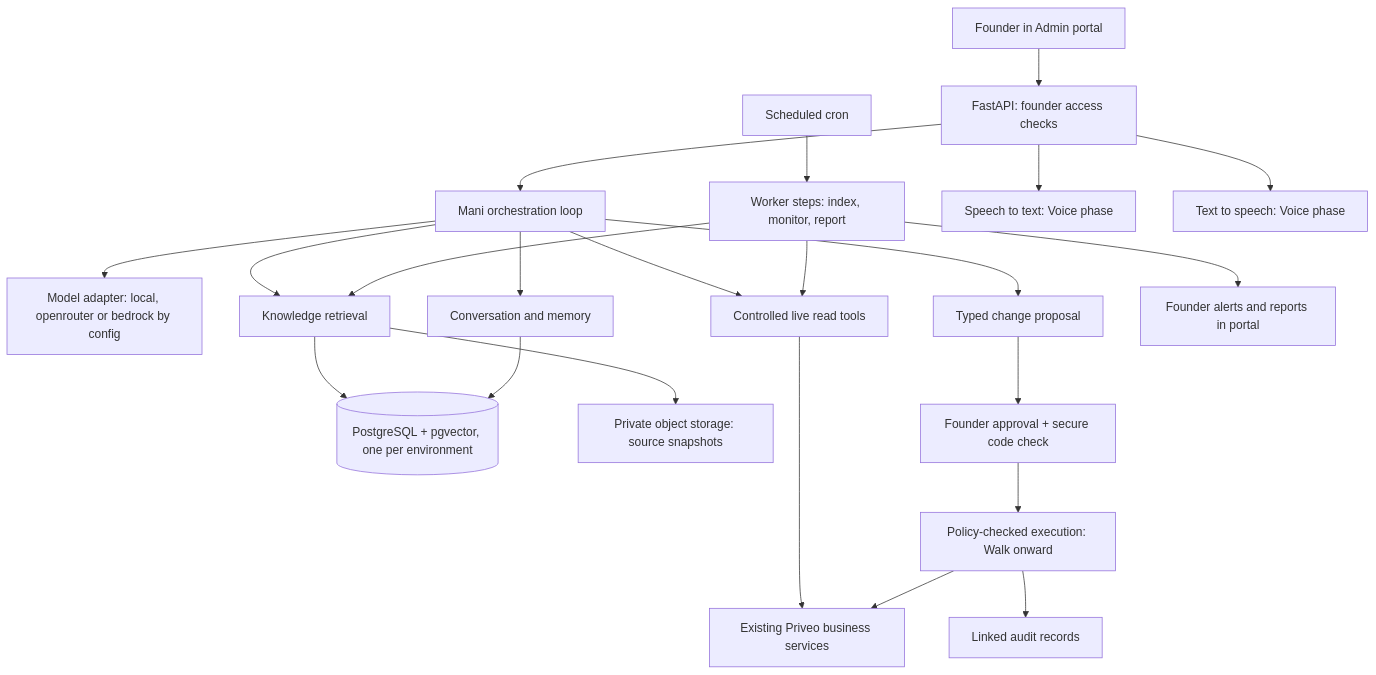
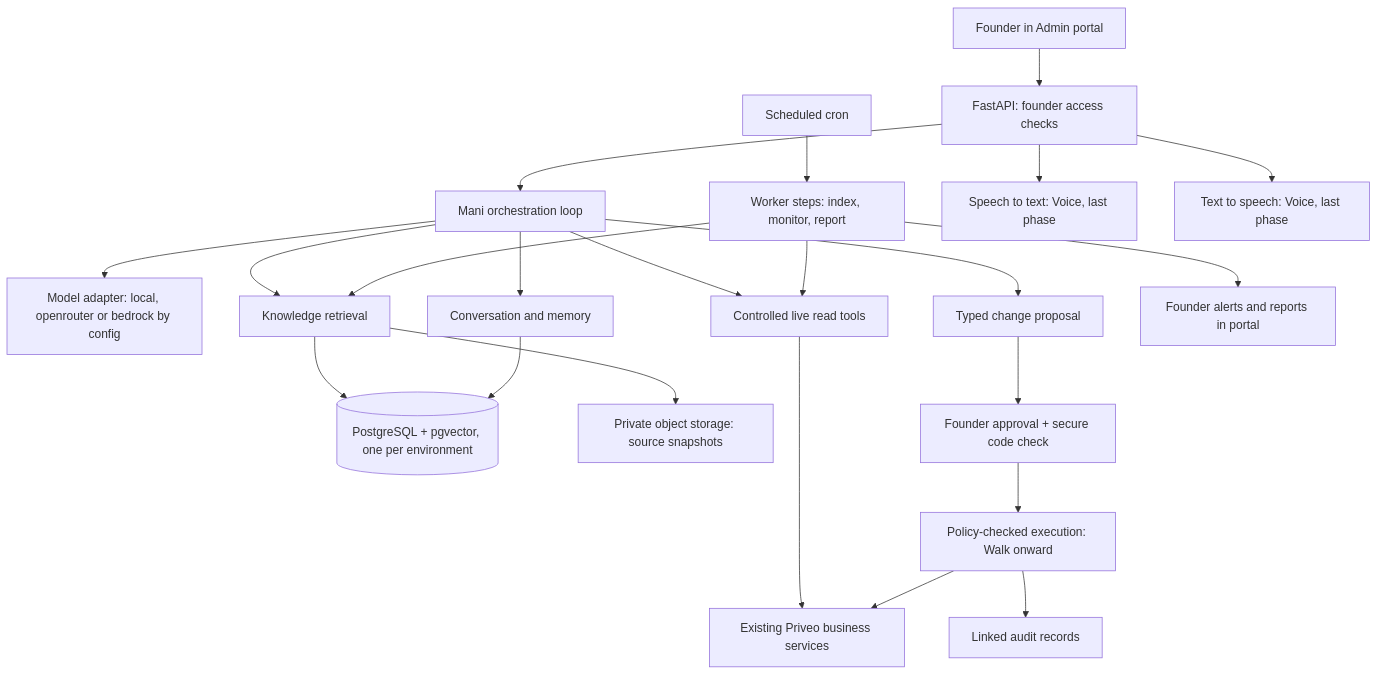
One commit to jazgitt/priveo changed the diagram in docs/agent/agent-architecure.md. Above: the diagram before and after it, drawn with Mermaid. The commit also changed other lines of this file and 1 other file, not shown here.

First line of the commit message:
Mani: Voice moves to the last phase; record Walk decisions (D21-D25)

````diff
--- a/docs/agent/agent-architecure.md
+++ b/docs/agent/agent-architecure.md
@@ -85,27 +90,27 @@
 ```mermaid
 flowchart TD
     F[Founder in Admin portal] --> API[FastAPI: founder access checks]
     API --> M[Mani orchestration loop]
     M --> L[Model adapter: local, openrouter or bedrock by config]
     M --> K[Knowledge retrieval]
     M --> R[Controlled live read tools]
     M --> MEM[Conversation and memory]
     K --> DB[(PostgreSQL + pgvector, one per environment)]
     K --> S[Private object storage: source snapshots]
     R --> B[Existing Priveo business services]
     MEM --> DB
 
     M --> P[Typed change proposal]
     P --> A[Founder approval + secure code check]
     A --> E[Policy-checked execution: Walk onward]
     E --> B
     E --> AUD[Linked audit records]
 
     CRON[Scheduled cron] --> W[Worker steps: index, monitor, report]
     W --> K
     W --> R
     W --> D[Founder alerts and reports in portal]
 
-    API --> STT[Speech to text: Voice phase]
-    API --> TTS[Text to speech: Voice phase]
+    API --> STT[Speech to text: Voice, last phase]
+    API --> TTS[Text to speech: Voice, last phase]
 ```
````
